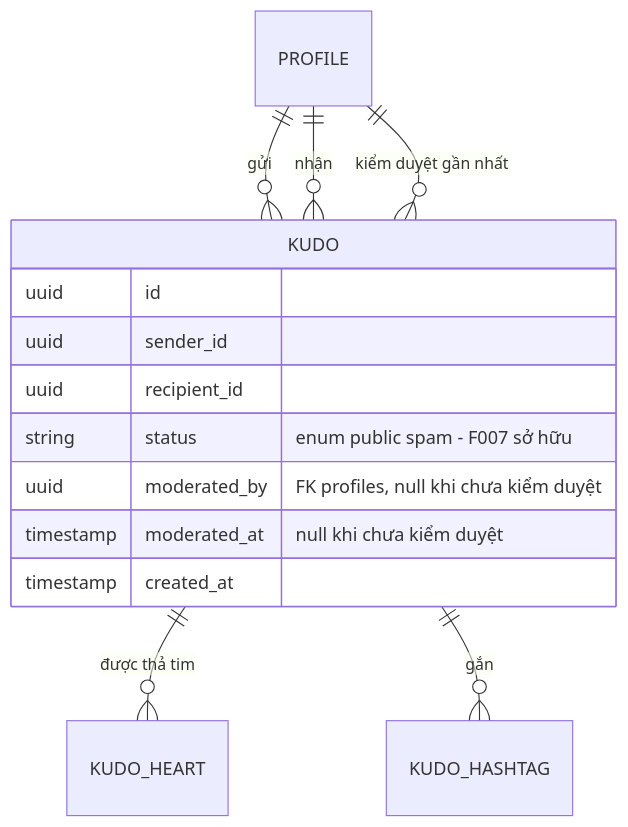
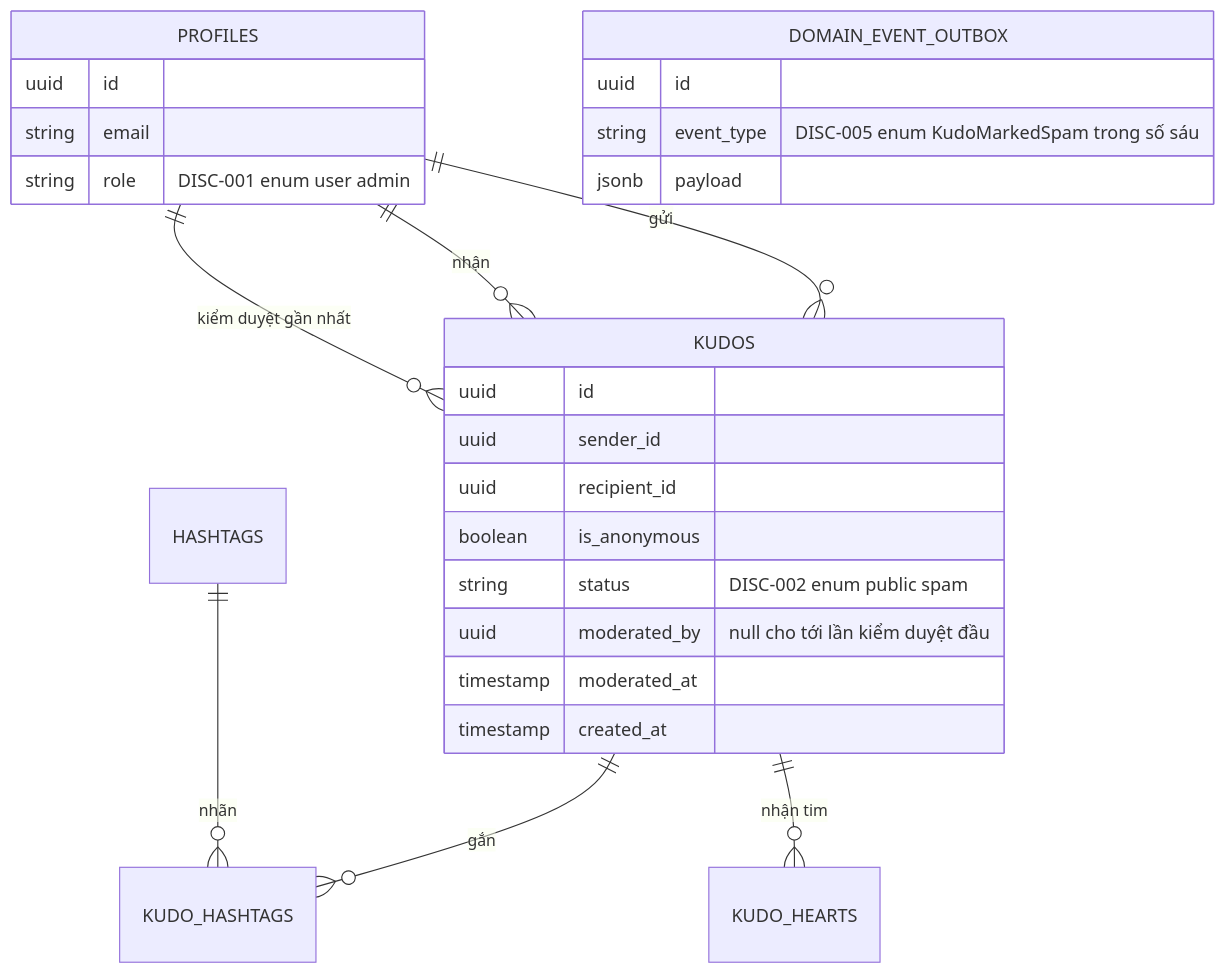
One commit to hailv-3571/agentic-coding-hands-on changed the third of 4 diagrams in docs/features/F007_AdminModeration/technical-spec.md. Above: the diagram before and after it, drawn with Mermaid. The commit also changed other lines of this file and 250 other files, not shown here.

````diff
--- a/docs/features/F007_AdminModeration/technical-spec.md
+++ b/docs/features/F007_AdminModeration/technical-spec.md
@@ -212,17 +373,29 @@
 ```mermaid
 erDiagram
-    PROFILE ||--o{ KUDO : "gửi"
-    PROFILE ||--o{ KUDO : "nhận"
-    PROFILE ||--o{ KUDO : "kiểm duyệt gần nhất"
-    KUDO ||--o{ KUDO_HEART : "được thả tim"
-    KUDO ||--o{ KUDO_HASHTAG : "gắn"
-    KUDO {
+    PROFILES ||--o{ KUDOS : "gửi"
+    PROFILES ||--o{ KUDOS : "nhận"
+    PROFILES ||--o{ KUDOS : "kiểm duyệt gần nhất"
+    KUDOS ||--o{ KUDO_HASHTAGS : "gắn"
+    HASHTAGS ||--o{ KUDO_HASHTAGS : "nhãn"
+    KUDOS ||--o{ KUDO_HEARTS : "nhận tim"
+    PROFILES {
+        uuid id
+        string email
+        string role "DISC-001 enum user admin"
+    }
+    KUDOS {
         uuid id
         uuid sender_id
         uuid recipient_id
-        string status "enum public spam - F007 sở hữu"
-        uuid moderated_by "FK profiles, null khi chưa kiểm duyệt"
-        timestamp moderated_at "null khi chưa kiểm duyệt"
+        boolean is_anonymous
+        string status "DISC-002 enum public spam"
+        uuid moderated_by "null cho tới lần kiểm duyệt đầu"
+        timestamp moderated_at
         timestamp created_at
     }
+    DOMAIN_EVENT_OUTBOX {
+        uuid id
+        string event_type "DISC-005 enum KudoMarkedSpam trong số sáu"
+        jsonb payload
+    }
 ```
````
